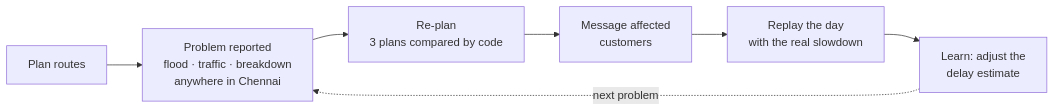
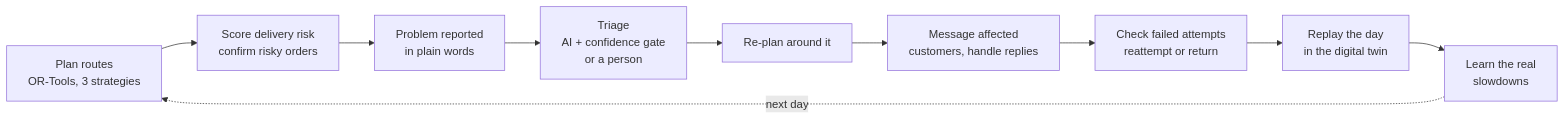
One commit to hotaru-py/AgentWars_DF changed the diagram in README.md. Above: the diagram before and after it, drawn with Mermaid. The commit also changed other lines of this file and 117 other files, not shown here.

Commit message:
feat: v2, new roadmap & pipeline

````diff
--- a/README.md
+++ b/README.md
@@ -13,9 +94,12 @@
 ```mermaid
 flowchart LR
-    A[Plan routes] --> B[Problem reported<br/>flood · traffic · breakdown<br/>anywhere in Chennai]
-    B --> C[Re-plan<br/>3 plans compared by code]
-    C --> D[Message affected<br/>customers]
-    D --> E[Replay the day<br/>with the real slowdown]
-    E --> F[Learn: adjust the<br/>delay estimate]
-    F -. next problem .-> B
+    A[Plan routes<br/>OR-Tools, 3 strategies] --> P[Score delivery risk<br/>confirm risky orders]
+    P --> B[Problem reported<br/>in plain words]
+    B --> C[Triage<br/>AI + confidence gate<br/>or a person]
+    C --> D[Re-plan around it]
+    D --> E[Message affected<br/>customers, handle replies]
+    E --> X[Check failed attempts<br/>reattempt or return]
+    X --> F[Replay the day<br/>in the digital twin]
+    F --> G[Learn the real<br/>slowdowns]
+    G -. next day .-> A
 ```
````
